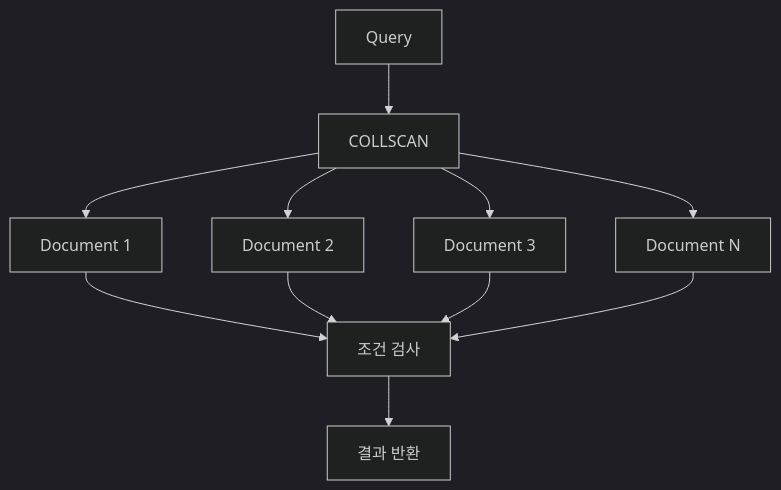
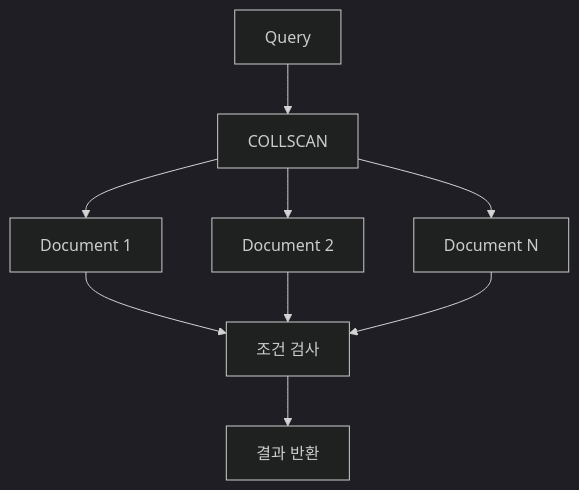
Before and after one commit to ysiksik/ysiksik.github.io: the tenth of 12 diagrams in _posts/study/smart-learning-ent/nosql-mongodb-easy-for-anyone-to-learn/2026-11-12-text-search-and-utilizing-indexes.md, drawn with Mermaid (dark theme). The commit also changed other lines of this file, not shown here.

````diff
--- a/_posts/study/smart-learning-ent/nosql-mongodb-easy-for-anyone-to-learn/2026-11-12-text-search-and-utilizing-indexes.md
+++ b/_posts/study/smart-learning-ent/nosql-mongodb-easy-for-anyone-to-learn/2026-11-12-text-search-and-utilizing-indexes.md
@@ -2577,27 +2792,24 @@
 ```mermaid
 flowchart TD
     A["Query"]
     B["COLLSCAN"]
 
     C["Document 1"]
     D["Document 2"]
-    E["Document 3"]
-    F["Document N"]
+    E["Document N"]
 
-    G["조건 검사"]
-    H["결과 반환"]
+    F["조건 검사"]
+    G["결과 반환"]
 
     A --> B
 
     B --> C
     B --> D
     B --> E
-    B --> F
 
-    C --> G
-    D --> G
-    E --> G
+    C --> F
+    D --> F
+    E --> F
+
     F --> G
-
-    G --> H
 ```
````
